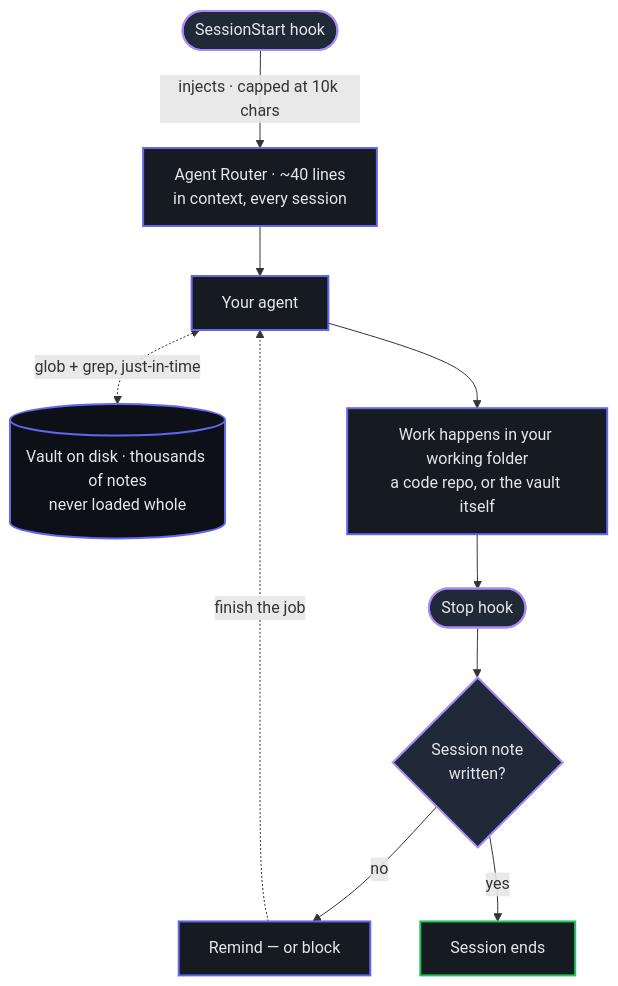
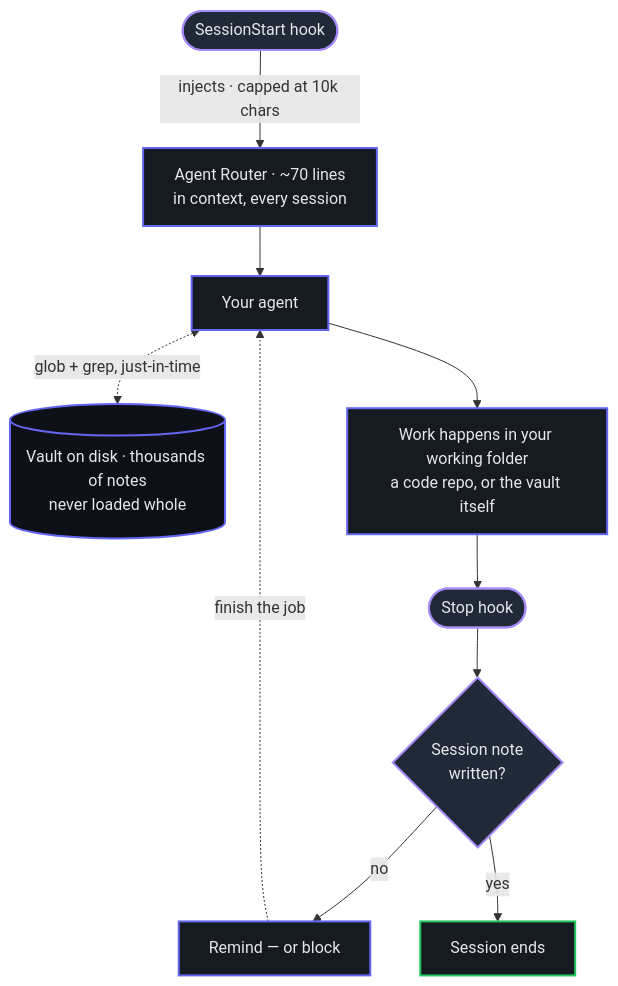
The first of 2 diagrams in README.md (Chris-Carruthers/canon), drawn with Mermaid before and after one commit. The commit also changed other lines of this file, not shown here.

````diff
--- a/README.md
+++ b/README.md
@@ -214,32 +215,32 @@
 ```mermaid
 flowchart TB
     H(["SessionStart hook"])
-    R["Agent Router · ~40 lines<br/>in context, every session"]
+    R["Agent Router · ~70 lines<br/>in context, every session"]
     A["Your agent"]
     V[("Vault on disk · thousands of notes<br/>never loaded whole")]
     W["Work happens in your working folder<br/>a code repo, or the vault itself"]
     S(["Stop hook"])
     Q{"Session note<br/>written?"}
     N["Remind — or block"]
     E["Session ends"]
 
     H -->|"injects · capped at 10k chars"| R
     R --> A
     A <-.->|"glob + grep, just-in-time"| V
     A --> W
     W --> S
     S --> Q
     Q -->|"no"| N
     N -.->|"finish the job"| A
     Q -->|"yes"| E
 
     classDef hook fill:#1F2937,stroke:#A78BFA,stroke-width:2px,color:#E5E7EB
     classDef core fill:#161B22,stroke:#6366F1,stroke-width:2px,color:#E5E7EB
     classDef store fill:#0D1117,stroke:#6366F1,stroke-width:2px,color:#E5E7EB
     classDef good fill:#161B22,stroke:#22C55E,stroke-width:2px,color:#E5E7EB
     class H,S hook
     class R,A,W,N core
     class V store
     class E good
     class Q hook
 ```
````
